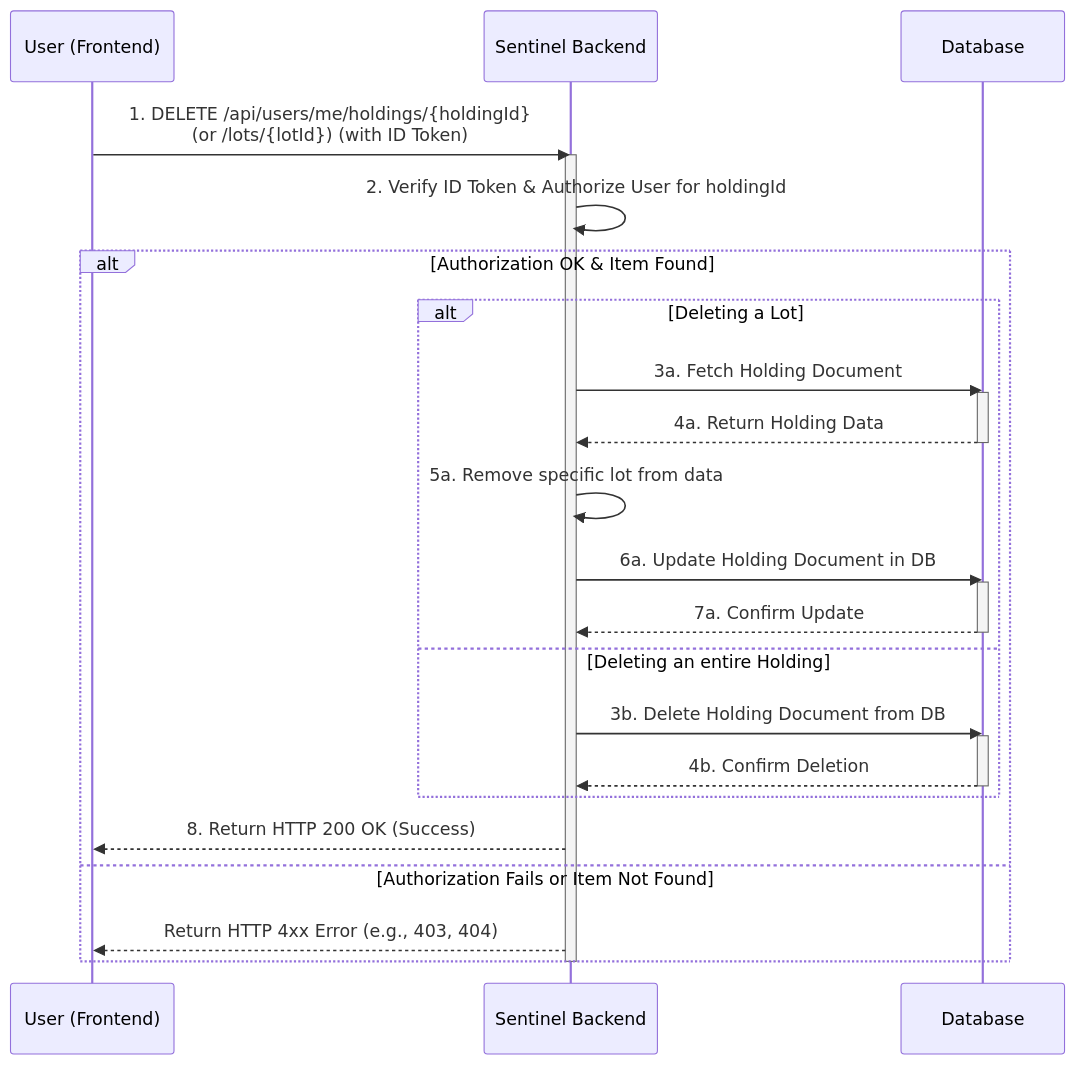
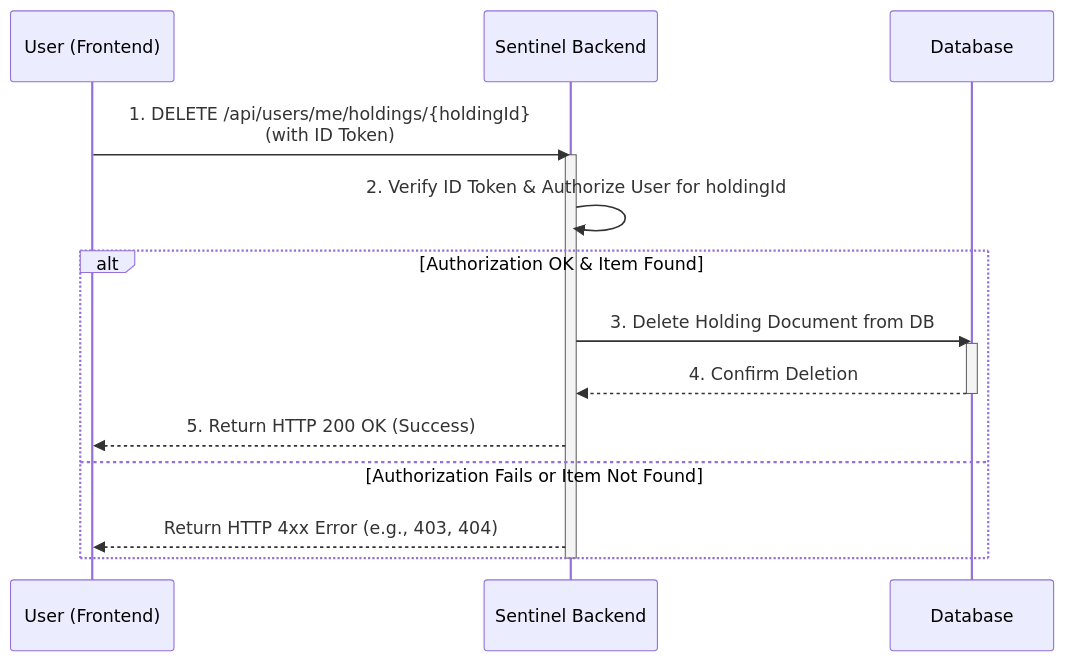
Before and after one commit to enzhao/Sentinel: diagram 11 of 21 in product_spec.md, drawn with Mermaid. The commit also changed other lines of this file, not shown here.

First line of the commit message:
docs(spec): refactor and enhance holding and lot management sections

````diff
--- a/product_spec.md
+++ b/product_spec.md
@@ -829,34 +834,22 @@
 ```mermaid
 sequenceDiagram
     participant User as User (Frontend)
     participant Sentinel as Sentinel Backend
     participant DB as Database
 
-    User->>Sentinel: 1. DELETE /api/users/me/holdings/{holdingId}<br> (or /lots/{lotId}) (with ID Token)
+    User->>Sentinel: 1. DELETE /api/users/me/holdings/{holdingId}<br> (with ID Token)
     activate Sentinel
     Sentinel->>Sentinel: 2. Verify ID Token & Authorize User for holdingId
     
     alt Authorization OK & Item Found
-        alt Deleting a Lot
-            Sentinel->>DB: 3a. Fetch Holding Document
-            activate DB
-            DB-->>Sentinel: 4a. Return Holding Data
-            deactivate DB
-            Sentinel->>Sentinel: 5a. Remove specific lot from data
-            Sentinel->>DB: 6a. Update Holding Document in DB
-            activate DB
-            DB-->>Sentinel: 7a. Confirm Update
-            deactivate DB
-        else Deleting an entire Holding
-            Sentinel->>DB: 3b. Delete Holding Document from DB
-            activate DB
-            DB-->>Sentinel: 4b. Confirm Deletion
-            deactivate DB
-        end
+        Sentinel->>DB: 3. Delete Holding Document from DB
+        activate DB
+        DB-->>Sentinel: 4. Confirm Deletion
+        deactivate DB
         
-        Sentinel-->>User: 8. Return HTTP 200 OK (Success)
+        Sentinel-->>User: 5. Return HTTP 200 OK (Success)
     else Authorization Fails or Item Not Found
         Sentinel-->>User: Return HTTP 4xx Error (e.g., 403, 404)
     end
     deactivate Sentinel
 ```
````
